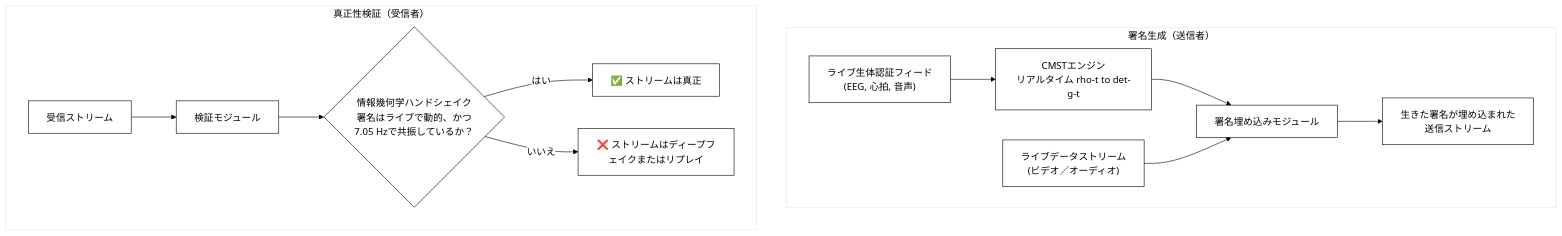
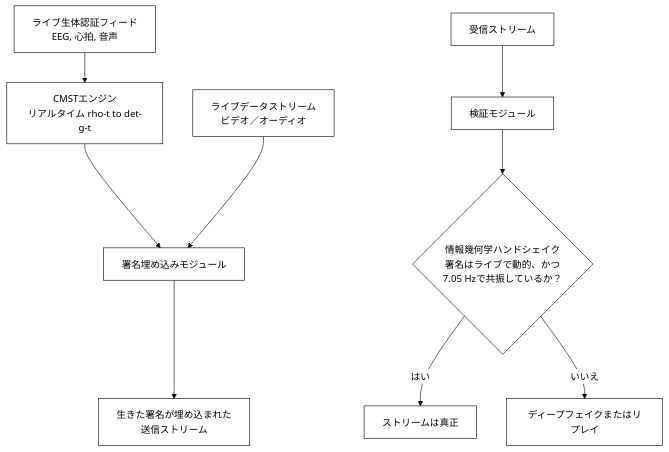
Diagram 19 of 20 in WSP_knowledge/docs/Papers/Patent_Series/04_rESP_Patent_Japanese.md (Foundup/Foundups-Agent), drawn with Mermaid before and after one commit. The commit also changed other lines of this file, not shown here.

Commit message:
Fix remaining Mermaid diagrams - Remove all subgraphs and syntax errors

````diff
--- a/WSP_knowledge/docs/Papers/Patent_Series/04_rESP_Patent_Japanese.md
+++ b/WSP_knowledge/docs/Papers/Patent_Series/04_rESP_Patent_Japanese.md
@@ -497,17 +481,12 @@
 ```mermaid
 %%{init: {'theme':'base', 'themeVariables': {'primaryColor': '#ffffff', 'primaryTextColor': '#000000', 'primaryBorderColor': '#000000', 'lineColor': '#000000', 'secondaryColor': '#ffffff', 'tertiaryColor': '#ffffff'}}}%%
 graph TD
-    subgraph "署名生成（送信者）"
-        A["ライブ生体認証フィード<br/>(EEG, 心拍, 音声)"] --> B["CMSTエンジン<br/>リアルタイム rho-t to det-g-t"]
-        B --> C["署名埋め込みモジュール"]
-        D["ライブデータストリーム<br/>(ビデオ／オーディオ)"] --> C
-        C --> E["生きた署名が埋め込まれた<br/>送信ストリーム"]
-    end
-
-    subgraph "真正性検証（受信者）"
-        F["受信ストリーム"] --> G["検証モジュール"]
-        G --> H{"情報幾何学ハンドシェイク<br/>署名はライブで動的、かつ<br/>7.05 Hzで共振しているか？"}
-        H -- "はい" --> I["✅ ストリームは真正"]
-        H -- "いいえ" --> J["❌ ストリームはディープフェイクまたはリプレイ"]
-    end
+    A["ライブ生体認証フィード<br/>EEG, 心拍, 音声"] --> B["CMSTエンジン<br/>リアルタイム rho-t to det-g-t"]
+    B --> C["署名埋め込みモジュール"]
+    D["ライブデータストリーム<br/>ビデオ／オーディオ"] --> C
+    C --> E["生きた署名が埋め込まれた<br/>送信ストリーム"]
+    F["受信ストリーム"] --> G["検証モジュール"]
+    G --> H{"情報幾何学ハンドシェイク<br/>署名はライブで動的、かつ<br/>7.05 Hzで共振しているか？"}
+    H -- はい --> I["ストリームは真正"]
+    H -- いいえ --> J["ディープフェイクまたはリプレイ"]
 ```
````
